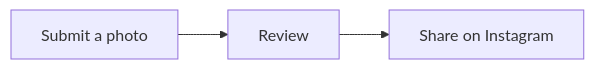
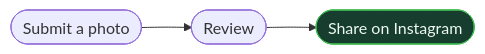
Before and after one commit to scheissparker/scheissparker: the diagram in README.md, drawn with Mermaid. The commit also changed other lines of this file, not shown here.

````diff
--- a/README.md
+++ b/README.md
@@ -6,8 +16,10 @@
 ```mermaid
 ---
 config:
   htmlLabels: false
 ---
 flowchart LR
-    Submit["Submit a photo"] --> Review["Review"] --> Share["Share on Instagram"]
+    Submit([Submit a photo]) --> Review([Review]) --> Share([Share on Instagram])
+    classDef published fill:#163d2d,stroke:#3fb950,color:#eefaf1
+    class Share published
 ```
````
